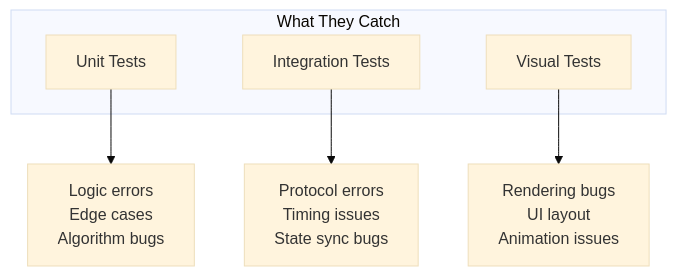
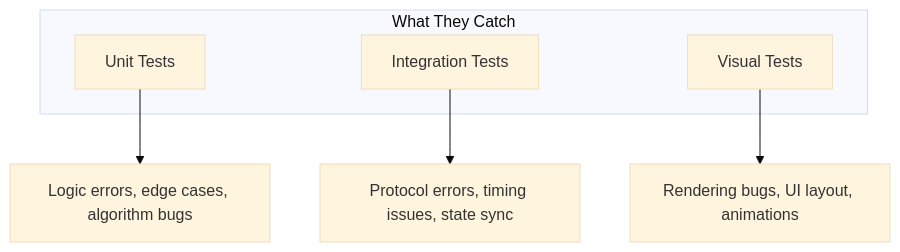
Before and after one commit to mtomcal/stick-rumble: the third of 8 diagrams in docs/TESTING-STRATEGY.md, drawn with Mermaid (base theme). The commit also changed other lines of this file and 2 other files, not shown here.

First line of the commit message:
docs: Fix Mermaid diagrams for GitHub rendering

````diff
--- a/docs/TESTING-STRATEGY.md
+++ b/docs/TESTING-STRATEGY.md
@@ -272,12 +272,12 @@
 ```mermaid
 flowchart TB
     subgraph "What They Catch"
         Unit["Unit Tests"]
         Integration["Integration Tests"]
         Visual["Visual Tests"]
     end
 
-    Unit --> Logic["Logic errors\nEdge cases\nAlgorithm bugs"]
-    Integration --> Protocol["Protocol errors\nTiming issues\nState sync bugs"]
-    Visual --> Rendering["Rendering bugs\nUI layout\nAnimation issues"]
+    Unit --> Logic["Logic errors, edge cases, algorithm bugs"]
+    Integration --> Protocol["Protocol errors, timing issues, state sync"]
+    Visual --> Rendering["Rendering bugs, UI layout, animations"]
 ```
````
